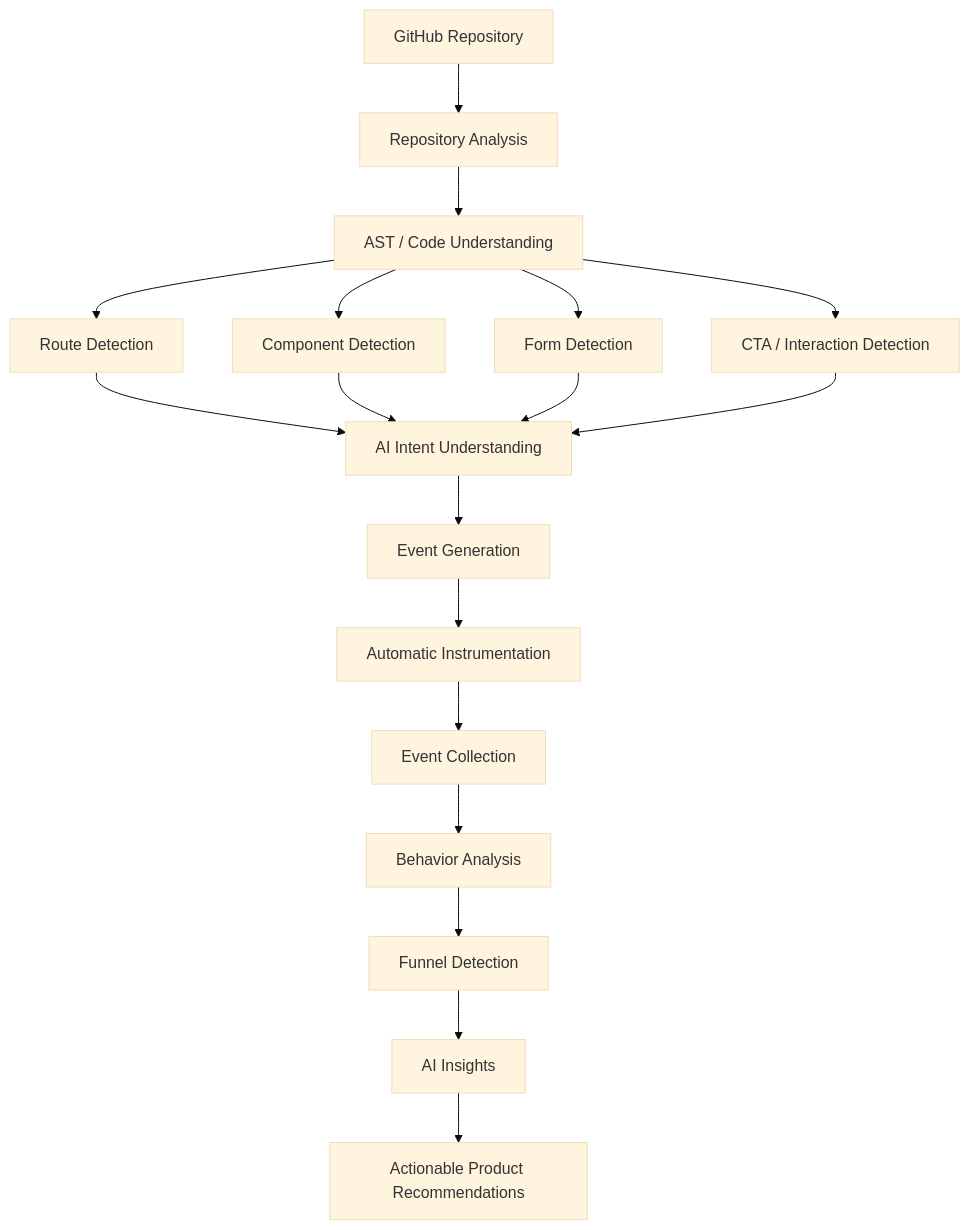
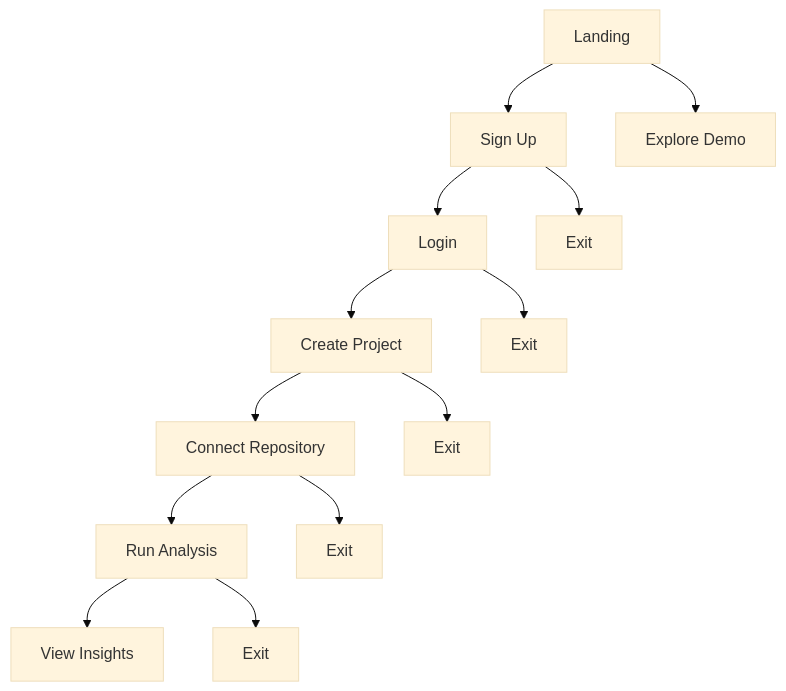
One commit to valentino0405/aletsch_ai changed the seventh of 17 diagrams in README.md. Above: the diagram before and after it, drawn with Mermaid (base theme). The commit also changed other lines of this file, not shown here.

````diff
--- a/README.md
+++ b/README.md
@@ -180,31 +385,23 @@
 ```mermaid
 flowchart TD
 
-    A["GitHub Repository"] --> B["Repository Analysis"]
+    A["Landing"]
 
-    B --> C["AST / Code Understanding"]
+    A --> B["Sign Up"]
+    A --> C["Explore Demo"]
 
-    C --> D["Route Detection"]
-    C --> E["Component Detection"]
-    C --> F["Form Detection"]
-    C --> G["CTA / Interaction Detection"]
+    B --> D["Login"]
+    B --> E["Exit"]
 
-    D --> H["AI Intent Understanding"]
-    E --> H
-    F --> H
-    G --> H
+    D --> F["Create Project"]
+    D --> G["Exit"]
 
-    H --> I["Event Generation"]
+    F --> H["Connect Repository"]
+    F --> I["Exit"]
 
-    I --> J["Automatic Instrumentation"]
+    H --> J["Run Analysis"]
+    H --> K["Exit"]
 
-    J --> K["Event Collection"]
-
-    K --> L["Behavior Analysis"]
-
-    L --> M["Funnel Detection"]
-
-    M --> N["AI Insights"]
-
-    N --> O["Actionable Product Recommendations"]
+    J --> L["View Insights"]
+    J --> M["Exit"]
 ```
````
